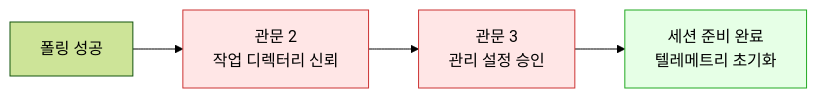
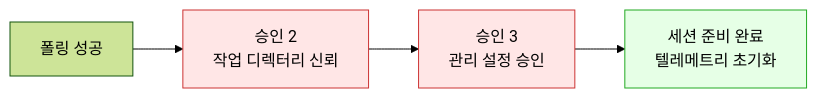
One commit to ddiiwoong/newblog changed the fourth of 4 diagrams in docs/claude-code/gateway.md. Above: the diagram before and after it, drawn with Mermaid (forest theme). The commit also changed other lines of this file and 2 other files, not shown here.

````diff
--- a/docs/claude-code/gateway.md
+++ b/docs/claude-code/gateway.md
@@ -385,9 +385,9 @@
 ```mermaid
 flowchart LR
-    P["폴링 성공"] --> G2["관문 2<br/>작업 디렉터리 신뢰"]
-    G2 --> G3["관문 3<br/>관리 설정 승인"]
+    P["폴링 성공"] --> G2["승인 2<br/>작업 디렉터리 신뢰"]
+    G2 --> G3["승인 3<br/>관리 설정 승인"]
     G3 --> H["세션 준비 완료<br/>텔레메트리 초기화"]
     style G2 fill:#ffe6e6,stroke:#c33
     style G3 fill:#ffe6e6,stroke:#c33
     style H fill:#e6ffe6,stroke:#2a2
 ```
````
